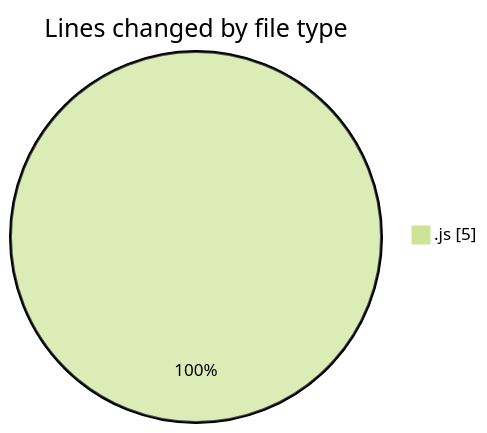
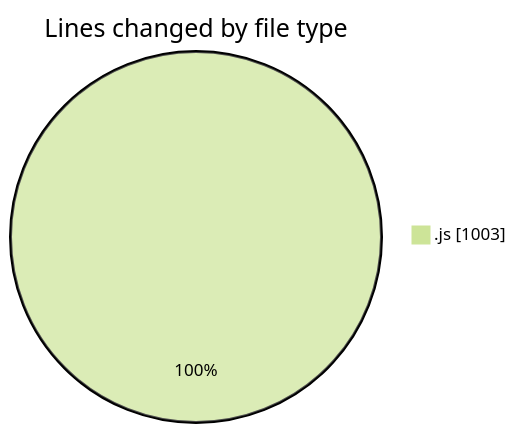
The first of 2 diagrams in 2025-07-29/javascript/README.md (Ritupan-Deka/code-tracking), drawn with Mermaid (forest theme) before and after one commit. The commit also changed other lines of this file and 1 other file, not shown here.

````diff
--- a/2025-07-29/javascript/README.md
+++ b/2025-07-29/javascript/README.md
@@ -20,5 +20,5 @@
 ```mermaid
 pie showData
 title Lines changed by file type
-".js" : 5
+".js" : 1003
 ```
````
